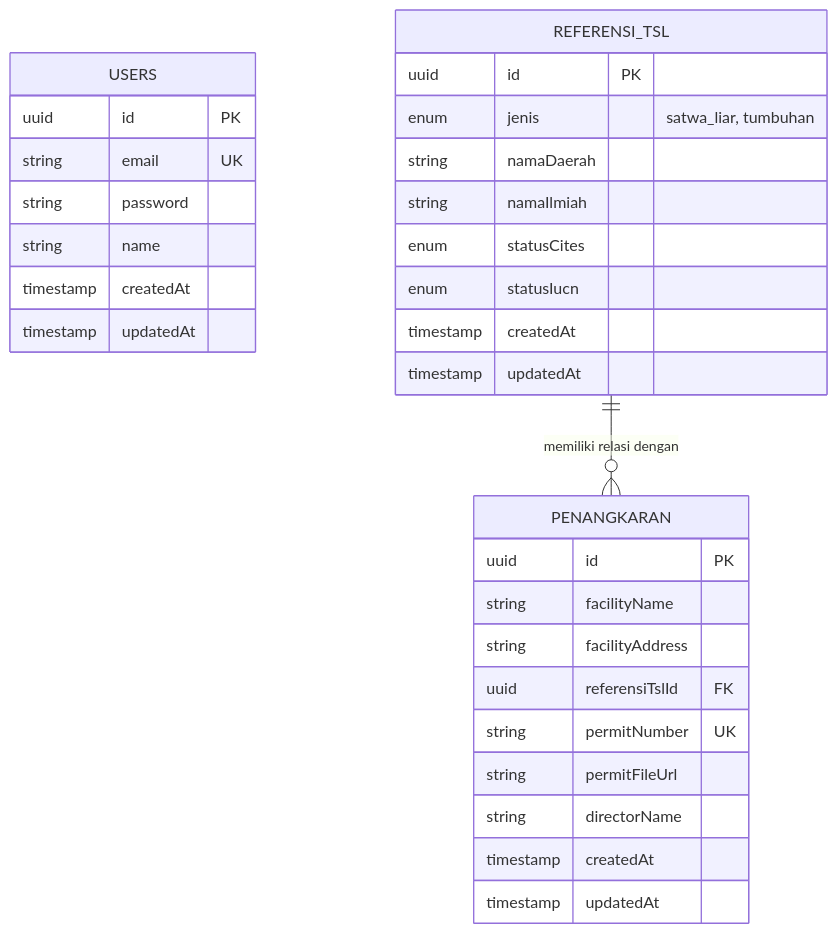
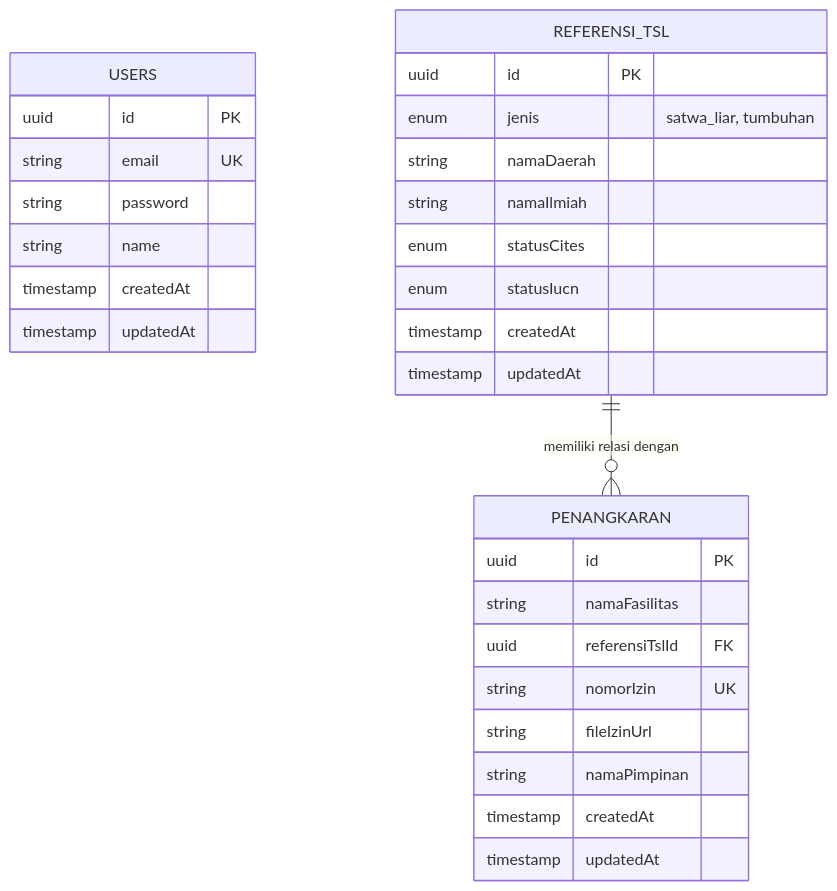
One commit to rahmahaisyah/idaman-nestjs-api changed the second of 2 diagrams in README.md. Above: the diagram before and after it, drawn with Mermaid. The commit also changed 4 other files, not shown here.

````diff
--- a/README.md
+++ b/README.md
@@ -44,36 +44,35 @@
 ```mermaid
 erDiagram
     USERS {
         uuid id PK
         string email UK
         string password
         string name
         timestamp createdAt
         timestamp updatedAt
     }
     
     REFERENSI_TSL {
         uuid id PK
         enum jenis "satwa_liar, tumbuhan"
         string namaDaerah
         string namaIlmiah
         enum statusCites
         enum statusIucn
         timestamp createdAt
         timestamp updatedAt
     }
 
     PENANGKARAN {
         uuid id PK
-        string facilityName
-        string facilityAddress
+        string namaFasilitas
         uuid referensiTslId FK
-        string permitNumber UK
-        string permitFileUrl
-        string directorName
+        string nomorIzin UK
+        string fileIzinUrl
+        string namaPimpinan
         timestamp createdAt
         timestamp updatedAt
     }
 
     REFERENSI_TSL ||--o{ PENANGKARAN : "memiliki relasi dengan"
 ```
````
